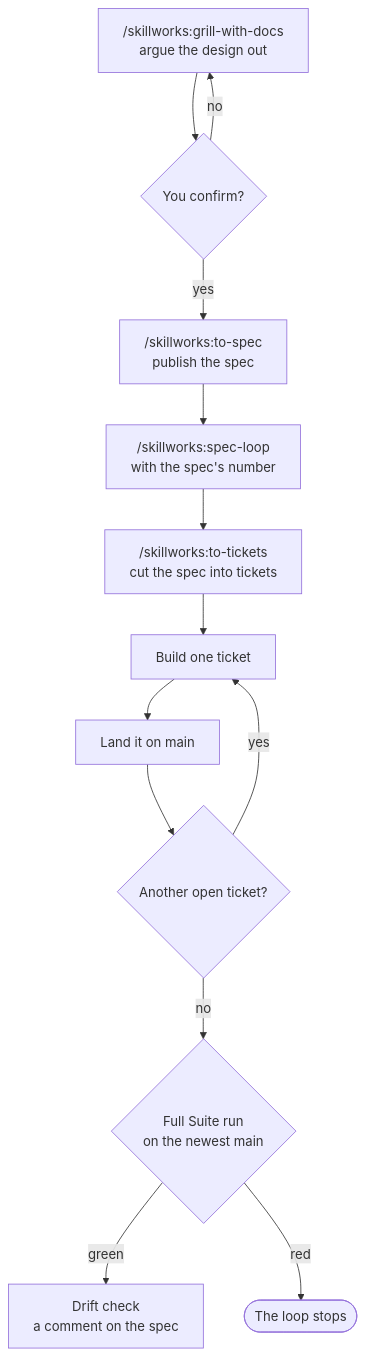
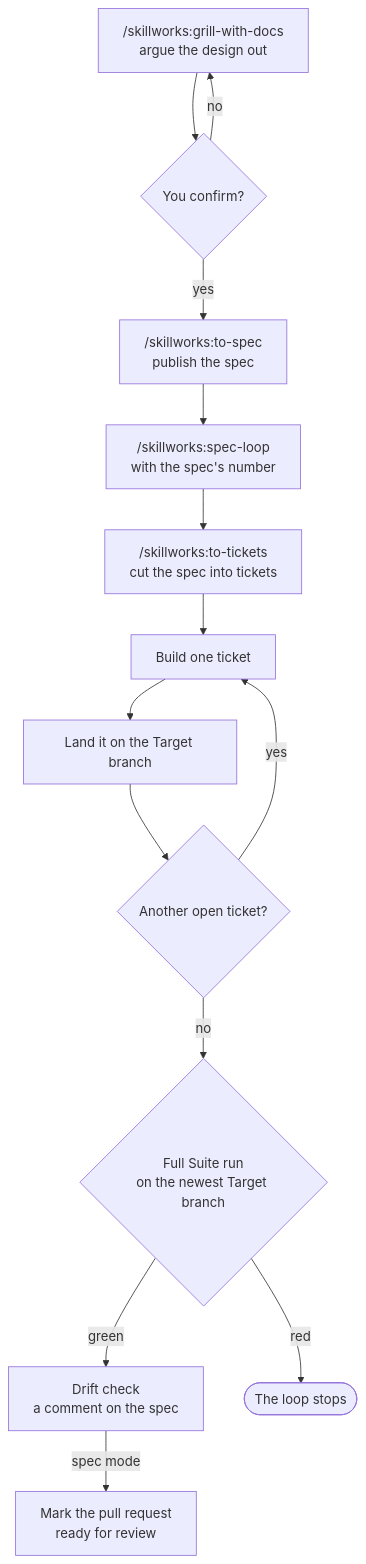
One commit to MalcolmMcNeely/skillworks changed the first of 4 diagrams in docs/usage/the-loop.md. Above: the diagram before and after it, drawn with Mermaid. The commit also changed other lines of this file and 7 other files, not shown here.

First line of the commit message:
The usage docs explain both kinds of Target branch

````diff
--- a/docs/usage/the-loop.md
+++ b/docs/usage/the-loop.md
@@ -11,15 +11,16 @@
 ```mermaid
 flowchart TD
     grill["/skillworks:grill-with-docs<br/>argue the design out"] --> gate{"You confirm?"}
     gate -- no --> grill
     gate -- yes --> spec["/skillworks:to-spec<br/>publish the spec"]
     spec --> loop["/skillworks:spec-loop<br/>with the spec's number"]
     loop --> tickets["/skillworks:to-tickets<br/>cut the spec into tickets"]
     tickets --> ticket["Build one ticket"]
-    ticket --> land["Land it on main"]
+    ticket --> land["Land it on the Target branch"]
     land --> more{"Another open ticket?"}
     more -- yes --> ticket
-    more -- no --> full{"Full Suite run<br/>on the newest main"}
+    more -- no --> full{"Full Suite run<br/>on the newest Target branch"}
     full -- green --> drift["Drift check<br/>a comment on the spec"]
     full -- red --> stop(["The loop stops"])
+    drift -- "spec mode" --> ready["Mark the pull request<br/>ready for review"]
 ```
````
